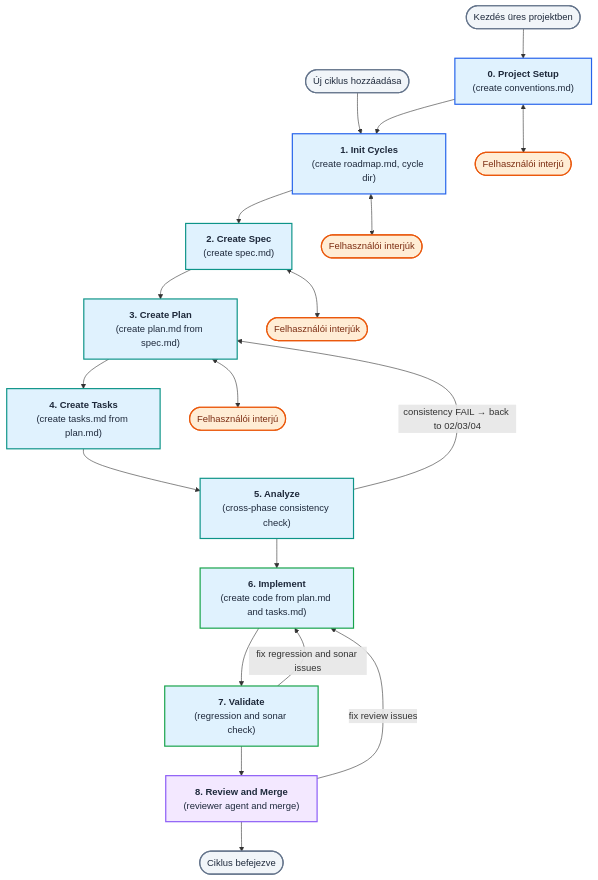
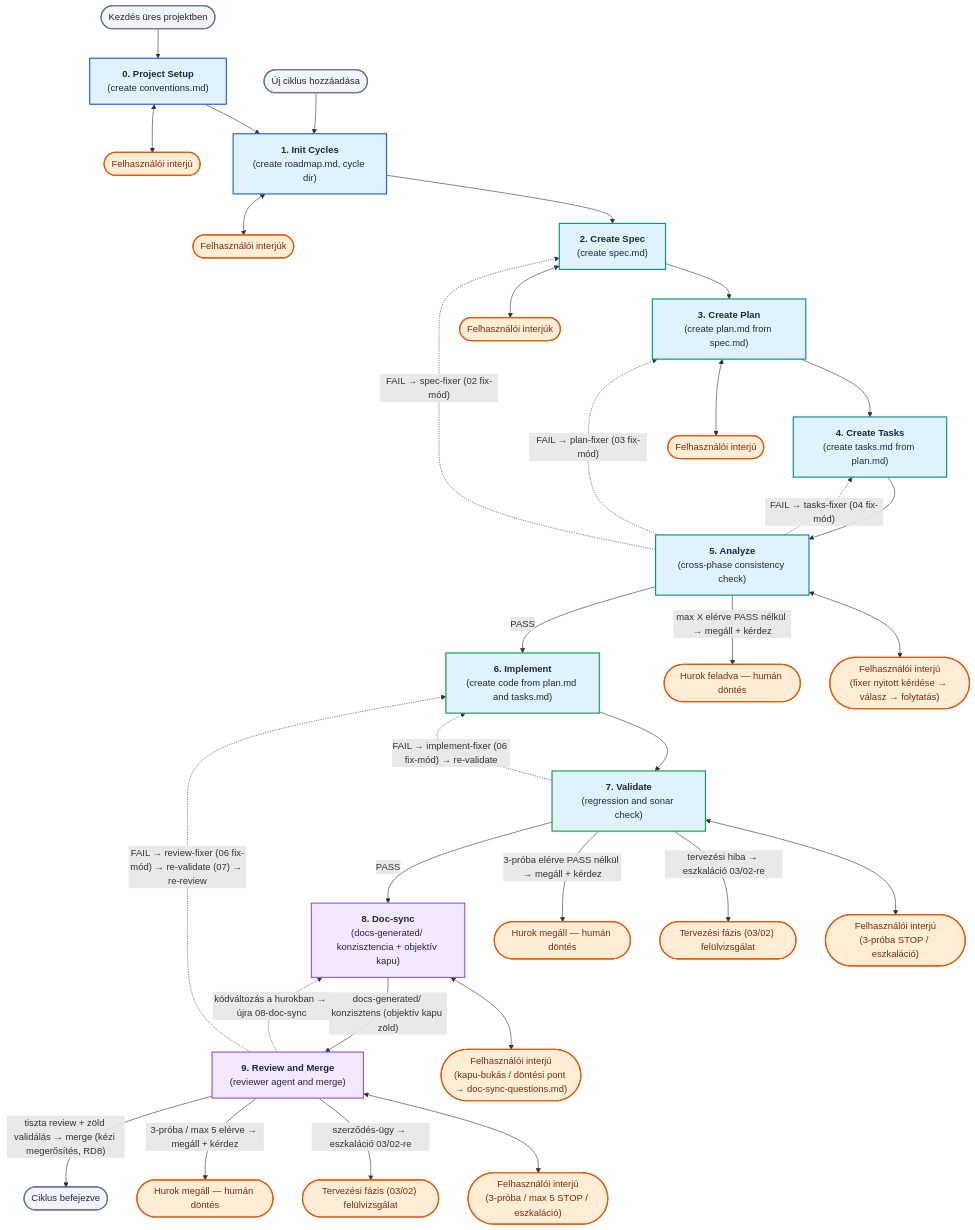
One commit to berkiadam/berkispec changed the first of 5 diagrams in prompts/README.md. Above: the diagram before and after it, drawn with Mermaid. The commit also changed other lines of this file and 23 other files, not shown here.

````diff
--- a/prompts/README.md
+++ b/prompts/README.md
@@ -46,6 +55,7 @@
     classDef design fill:#e0f2fe,stroke:#0d9488,stroke-width:2px,color:#1e293b;
     classDef dev fill:#e0f2fe,stroke:#16a34a,stroke-width:2px,color:#1e293b;
     classDef review fill:#f3e8ff,stroke:#8b5cf6,stroke-width:2px,color:#1e293b;
+    classDef doc fill:#f3e8ff,stroke:#8b5cf6,stroke-width:2px,color:#1e293b;
     classDef start fill:#f1f5f9,stroke:#64748b,stroke-width:2px,color:#1e293b;
     classDef userInput fill:#ffedd5,stroke:#ea580c,stroke-width:2px,color:#7c2d12;
 
@@ -62,7 +72,8 @@
     5["<b>5. Analyze</b><br/>(cross-phase consistency check)"]:::design
     6["<b>6. Implement</b><br/>(create code from plan.md and tasks.md)"]:::dev
     7["<b>7. Validate</b><br/>(regression and sonar check)"]:::dev
-    8["<b>8. Review and Merge</b><br/>(reviewer agent and merge)"]:::review
+    8["<b>8. Doc-sync</b><br/>(docs-generated/ konzisztencia + objektív kapu)"]:::doc
+    9["<b>9. Review and Merge</b><br/>(reviewer agent and merge)"]:::review
     End([Ciklus befejezve]):::start
 
     %% Tisztázó interjú csomópontok
@@ -90,14 +101,42 @@
 
     4 --> 5
 
-    5 -- "consistency FAIL → back to 02/03/04" --> 3
-    5 --> 6
+    %% Analyze önjavító hurok (05):
+    %% FAIL esetén az orchestrátor a legkorábbi érintett fázis (02/03/04) fix-módját
+    %% indítja (fixer-subagentek), majd a meglévő 2→3→4→5 forward úton re-deriválás
+    %% (02→03→04) → újra-analyze, max X=3-ig.
+    5 -. "FAIL → spec-fixer (02 fix-mód)" .-> 2
+    5 -. "FAIL → plan-fixer (03 fix-mód)" .-> 3
+    5 -. "FAIL → tasks-fixer (04 fix-mód)" .-> 4
+    5 <--> Int5(["Felhasználói interjú<br/>(fixer nyitott kérdése → válasz → folytatás)"]):::userInput
+    5 -- "max X elérve PASS nélkül → megáll + kérdez" --> StopAnalyze(["Hurok feladva — humán döntés"]):::userInput
+    5 -- "PASS" --> 6
 
     6 --> 7
 
-    7 -- "fix regression and sonar issues" --> 6
-    7 --> 8
+    %% Validate önjavító hurok (07):
+    %% FAIL esetén az orchestrátor (07) az implement-fixer subagentet (06 fix-mód)
+    %% indítja → újra-validálás, amíg PASS — a 3-próba szabály korlátjával;
+    %% tervezési hiba esetén felfelé eszkalál 03/02-re (VD5).
+    7 -. "FAIL → implement-fixer (06 fix-mód) → re-validate" .-> 6
+    7 <--> Int7(["Felhasználói interjú<br/>(3-próba STOP / eszkaláció)"]):::userInput
+    7 -- "tervezési hiba → eszkaláció 03/02-re" --> StopValidateEsc(["Tervezési fázis (03/02) felülvizsgálat"]):::userInput
+    7 -- "3-próba elérve PASS nélkül → megáll + kérdez" --> StopValidate(["Hurok megáll — humán döntés"]):::userInput
+    7 -- "PASS" --> 8
 
-    8 -- "fix review issues" --> 6
-    8 --> End
+    %% Doc-sync (08): terv (doc-sync-planner) → mechanikus végrehajtás → objektív kapu (DS22).
+    %% NEM önjavító subagent-hurok; kapu-bukásnál ember-vezérelt javítás (doc-sync-questions.md).
+    8 <--> Int8d(["Felhasználói interjú<br/>(kapu-bukás / döntési pont → doc-sync-questions.md)"]):::userInput
+    8 -- "docs-generated/ konzisztens (objektív kapu zöld)" --> 9
+
+    %% Review önjavító hurok (09) — kétfázisú:
+    %% FAIL esetén az orchestrátor (09) a review-fixer subagentet (06 fix-mód) indítja,
+    %% majd újra-validál (07 ellenőrzései) és újra-review-z, amíg a review tiszta és a
+    %% validálás zöld — per-item 3-próba + max 5 backstop; szerződés-ügy → eszkaláció 03/02-re (RD6).
+    9 -. "FAIL → review-fixer (06 fix-mód) → re-validate (07) → re-review" .-> 6
+    9 <--> Int8(["Felhasználói interjú<br/>(3-próba / max 5 STOP / eszkaláció)"]):::userInput
+    9 -- "szerződés-ügy → eszkaláció 03/02-re" --> StopReviewEsc(["Tervezési fázis (03/02) felülvizsgálat"]):::userInput
+    9 -- "3-próba / max 5 elérve → megáll + kérdez" --> StopReview(["Hurok megáll — humán döntés"]):::userInput
+    9 -. "kódváltozás a hurokban → újra 08-doc-sync" .-> 8
+    9 -- "tiszta review + zöld validálás → merge (kézi megerősítés, RD8)" --> End
 ```
````
